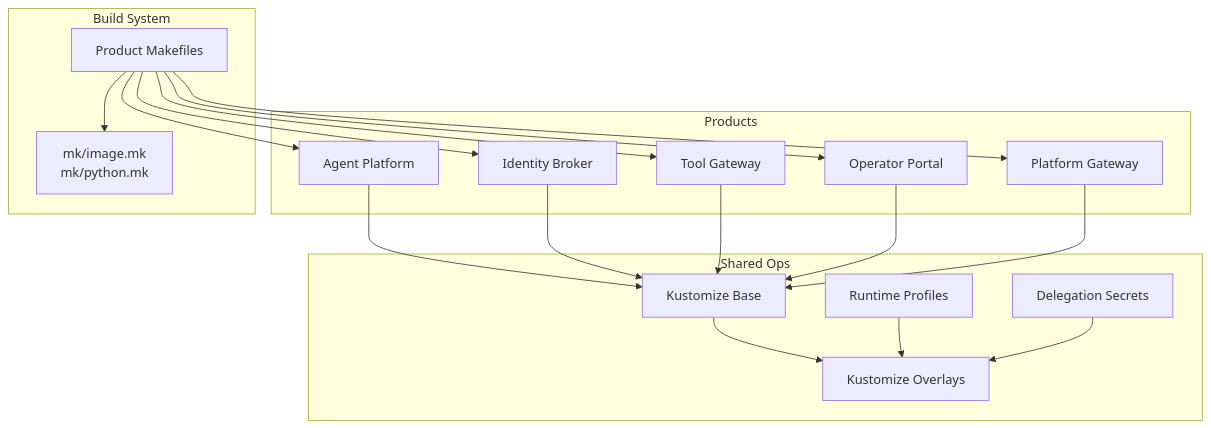
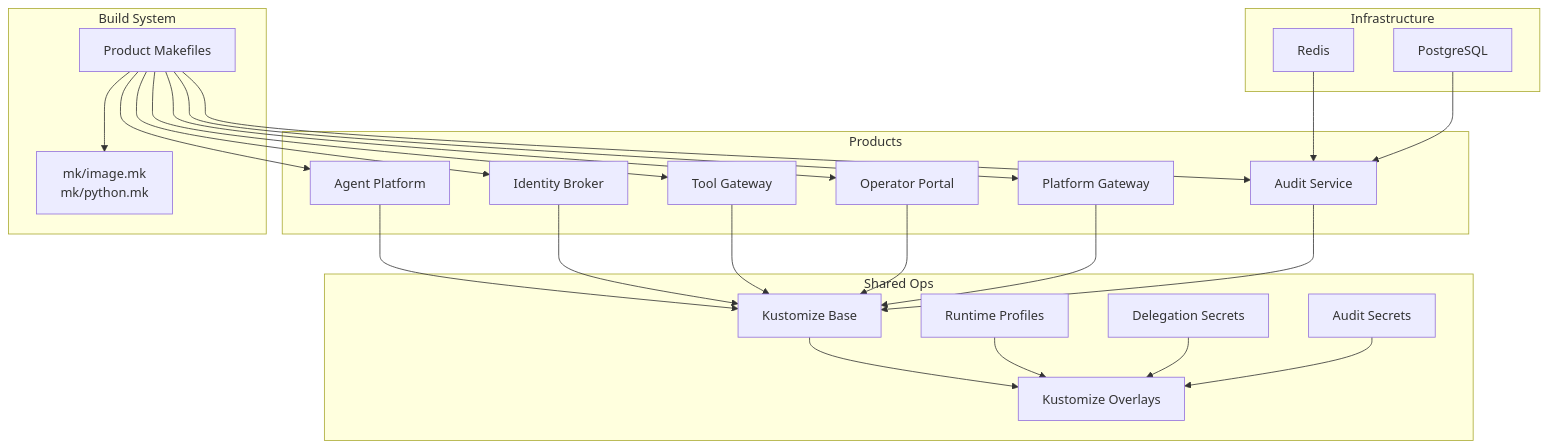
The first of 9 diagrams in .qoder/repowiki/en/content/Deployment and Operations/Deployment and Operations.md (metasync/luban-aiops), drawn with Mermaid before and after one commit. The commit also changed other lines of this file and 48 other files, not shown here.

First line of the commit message:
docs: refresh repowiki knowledge cache for audit-service product

````diff
--- a/.qoder/repowiki/en/content/Deployment and Operations/Deployment and Operations.md
+++ b/.qoder/repowiki/en/content/Deployment and Operations/Deployment and Operations.md
@@ -88,34 +98,45 @@
 ```mermaid
 graph TB
 subgraph "Products"
 AP["Agent Platform"]
 IB["Identity Broker"]
 TG["Tool Gateway"]
 OP["Operator Portal"]
 PG["Platform Gateway"]
+AS["Audit Service"]
 end
 subgraph "Shared Ops"
 BASE["Kustomize Base"]
 OVL["Kustomize Overlays"]
 RP["Runtime Profiles"]
 DS["Delegation Secrets"]
+ASecrets["Audit Secrets"]
+end
+subgraph "Infrastructure"
+Redis["Redis"]
+Postgres["PostgreSQL"]
 end
 subgraph "Build System"
 MK["mk/image.mk<br/>mk/python.mk"]
 PMK["Product Makefiles"]
 end
 AP --> BASE
 IB --> BASE
 TG --> BASE
 OP --> BASE
 PG --> BASE
+AS --> BASE
 BASE --> OVL
 RP --> OVL
 DS --> OVL
+ASecrets --> OVL
+Redis --> AS
+Postgres --> AS
 PMK --> MK
 PMK --> AP
 PMK --> IB
 PMK --> TG
 PMK --> OP
 PMK --> PG
+PMK --> AS
 ```
````
